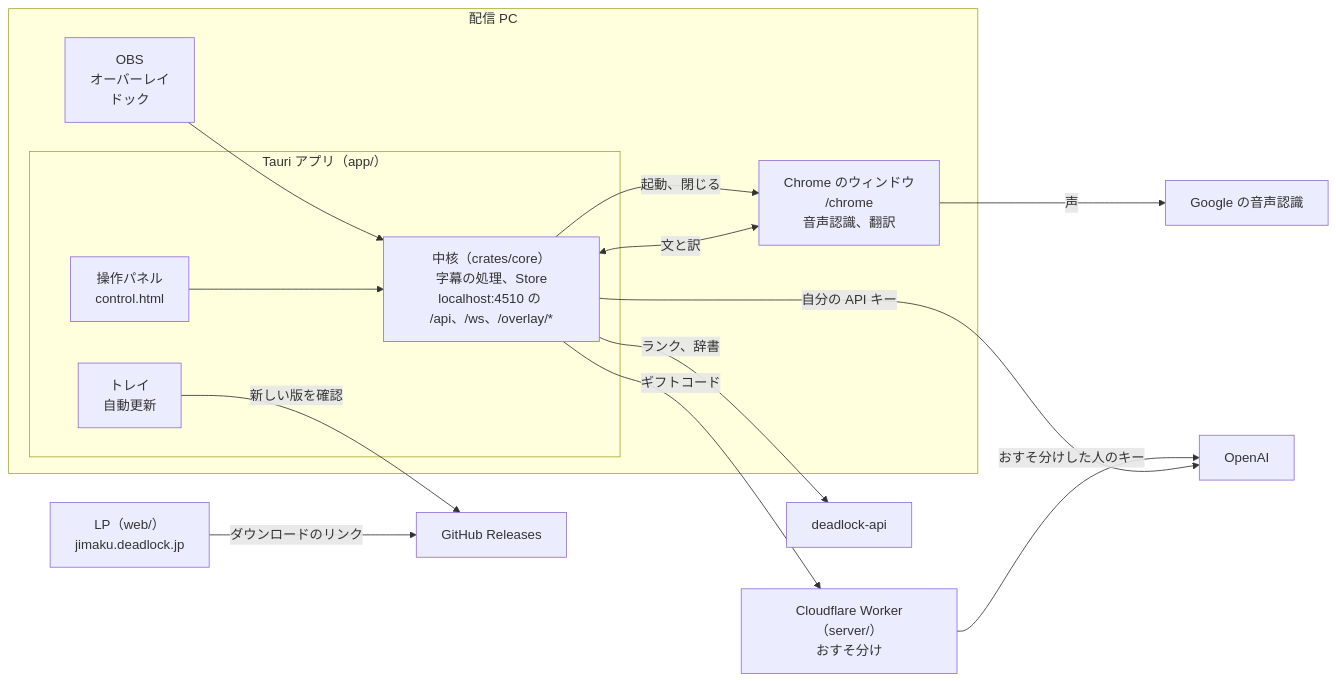
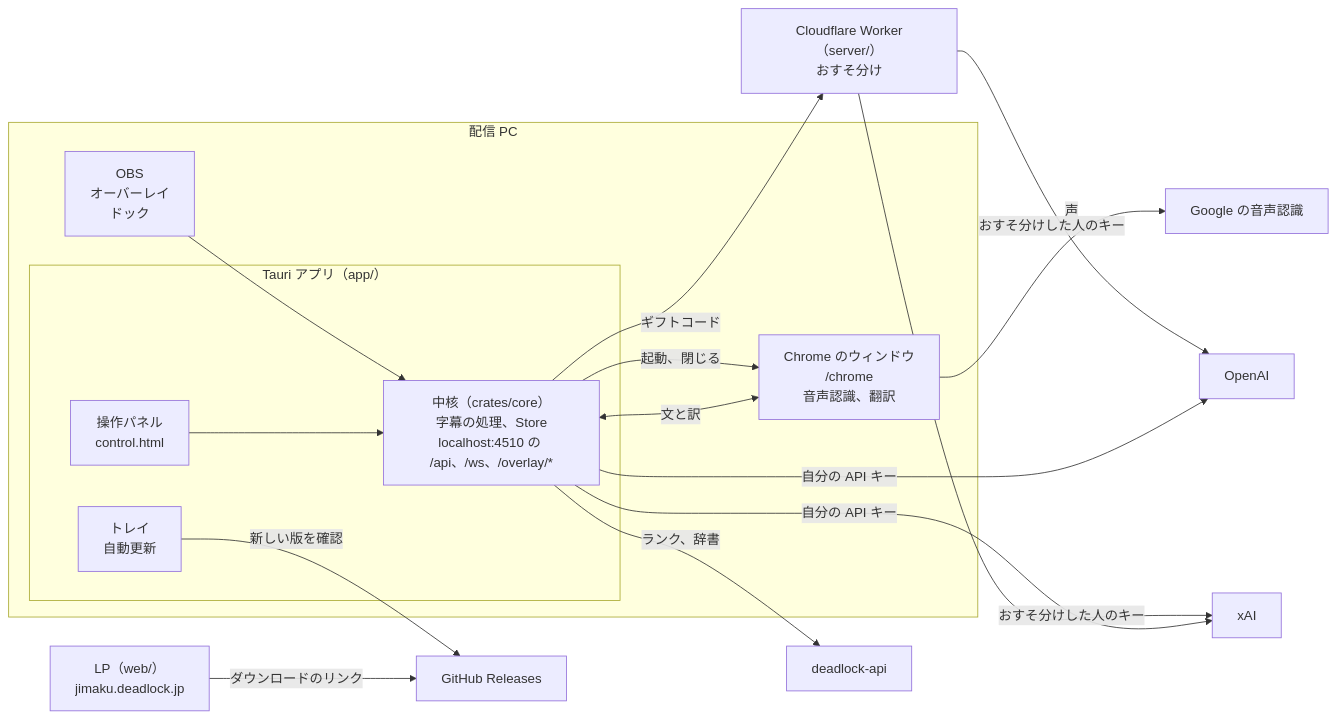
One commit to Chiji1108/deadlock-jimaku changed the first of 4 diagrams in README.md. Above: the diagram before and after it, drawn with Mermaid. The commit also changed other lines of this file and 89 other files, not shown here.

````diff
--- a/README.md
+++ b/README.md
@@ -48,30 +50,33 @@
 ```mermaid
 flowchart LR
   subgraph pc["配信 PC"]
     obs["OBS<br/>オーバーレイ<br/>ドック"]
     subgraph app["Tauri アプリ（app/）"]
       panel["操作パネル<br/>control.html"]
       core["中核（crates/core）<br/>字幕の処理、Store<br/>localhost:4510 の /api、/ws、/overlay/*"]
       shell["トレイ<br/>自動更新"]
     end
     tab["Chrome のウィンドウ<br/>/chrome<br/>音声認識、翻訳"]
   end
   worker["Cloudflare Worker（server/）<br/>おすそ分け"]
   openai["OpenAI"]
+  xai["xAI"]
   google["Google の音声認識"]
   deadlockapi["deadlock-api"]
   releases["GitHub Releases"]
   lp["LP（web/）<br/>jimaku.deadlock.jp"]
 
   obs --> core
   panel --> core
   tab <-- "文と訳" --> core
   core -- "起動、閉じる" --> tab
   tab -- "声" --> google
   core -- "ギフトコード" --> worker
   worker -- "おすそ分けした人のキー" --> openai
+  worker -- "おすそ分けした人のキー" --> xai
   core -- "自分の API キー" --> openai
+  core -- "自分の API キー" --> xai
   core -- "ランク、辞書" --> deadlockapi
   shell -- "新しい版を確認" --> releases
   lp -- "ダウンロードのリンク" --> releases
 ```
````
